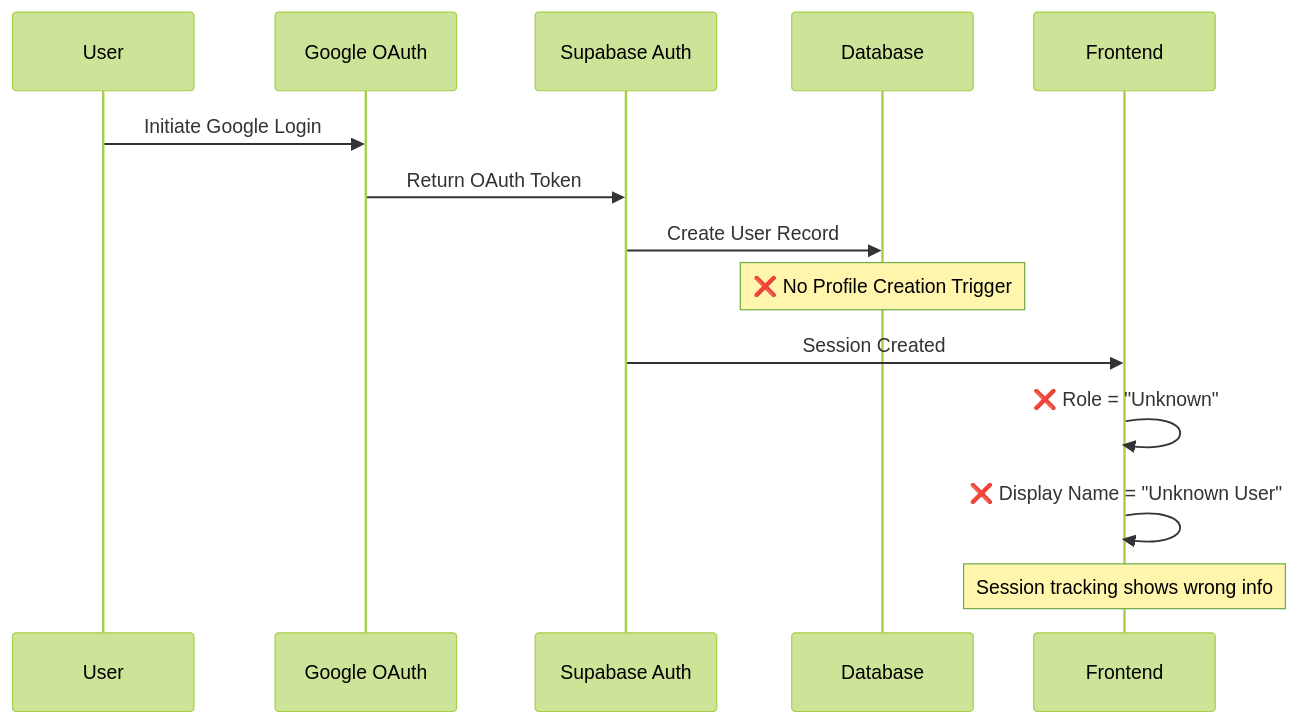
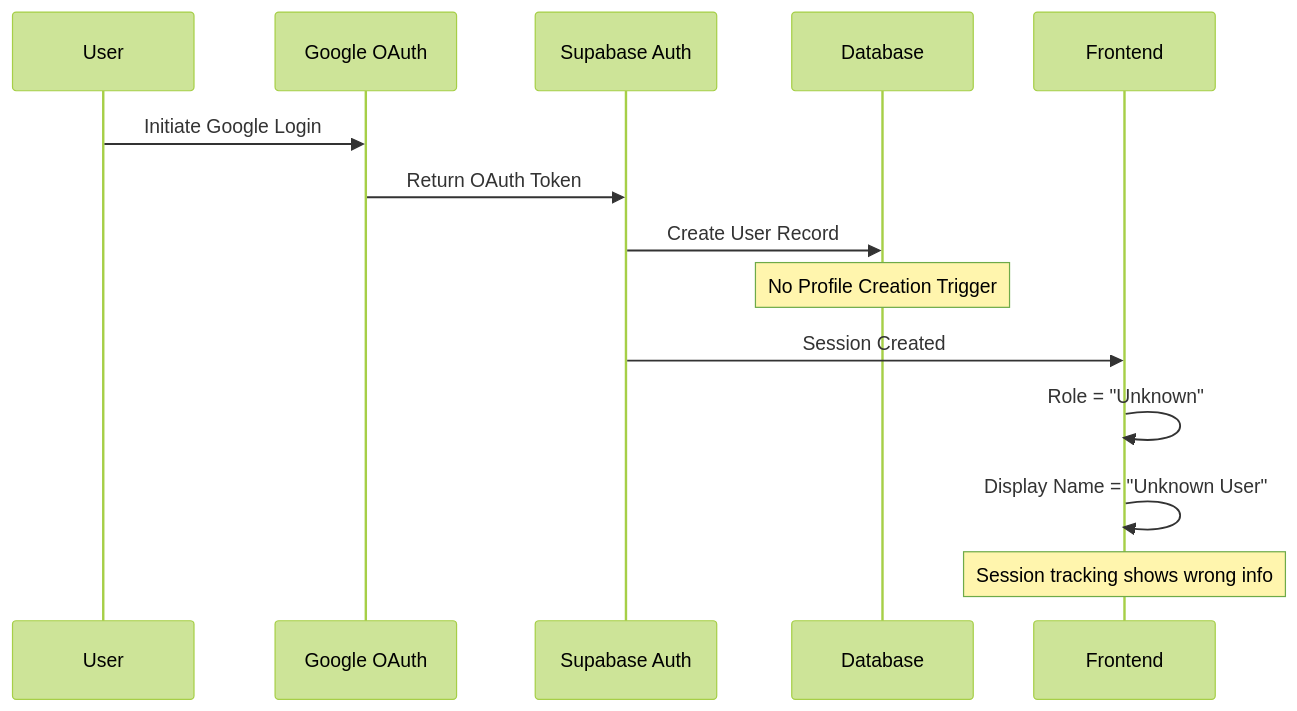
Before and after one commit to Splurfa/bx-os: the third of 3 diagrams in Docs/Flowcharts/Current-State/01-current-authentication-routing.md, drawn with Mermaid (forest theme). The commit also changed other lines of this file and 12 other files, not shown here.

First line of the commit message:
Fix flowchart syntax and numbering

````diff
--- a/Docs/Flowcharts/Current-State/01-current-authentication-routing.md
+++ b/Docs/Flowcharts/Current-State/01-current-authentication-routing.md
@@ -58,17 +58,17 @@
 ```mermaid
 sequenceDiagram
     participant U as User
     participant G as Google OAuth
     participant S as Supabase Auth
     participant DB as Database
     participant UI as Frontend
 
     U->>G: Initiate Google Login
     G->>S: Return OAuth Token
     S->>DB: Create User Record
-    Note over DB: ❌ No Profile Creation Trigger
+    Note over DB: No Profile Creation Trigger
     S->>UI: Session Created
-    UI->>UI: ❌ Role = "Unknown"
-    UI->>UI: ❌ Display Name = "Unknown User"
+    UI->>UI: Role = "Unknown"
+    UI->>UI: Display Name = "Unknown User"
     Note over UI: Session tracking shows wrong info
 ```
````
